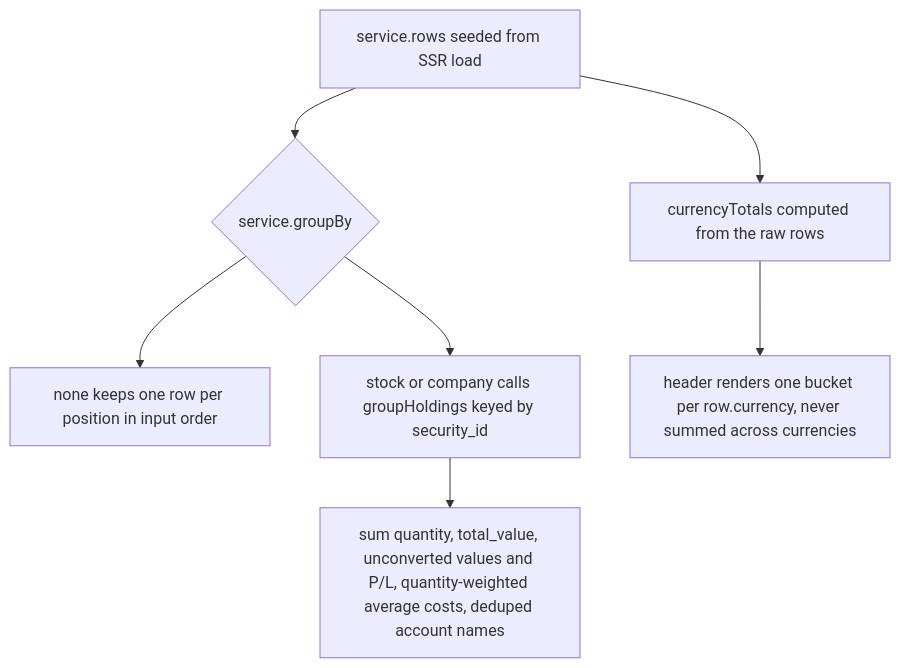
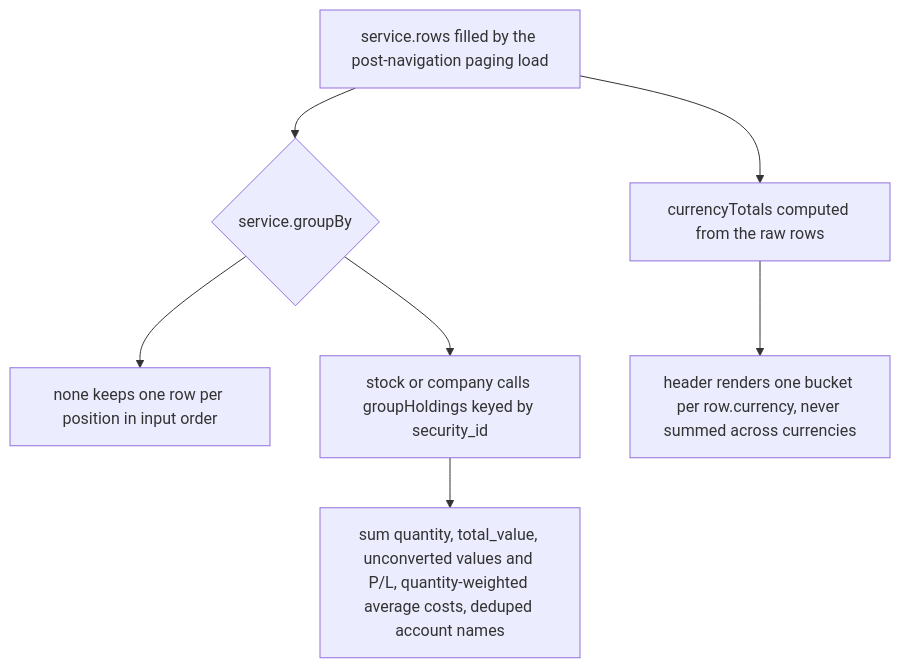
The second of 2 diagrams in openwiki/workflows/accounts-and-holdings-views.md (havekes/retail-portfolio), drawn with Mermaid before and after one commit. The commit also changed other lines of this file and 28 other files, not shown here.

````diff
--- a/openwiki/workflows/accounts-and-holdings-views.md
+++ b/openwiki/workflows/accounts-and-holdings-views.md
@@ -321,9 +418,9 @@
 ```mermaid
 flowchart TD
-    Rows["service.rows seeded from SSR load"] --> Mode{"service.groupBy"}
+    Rows["service.rows filled by the post-navigation paging load"] --> Mode{"service.groupBy"}
     Mode --> Flat["none keeps one row per position in input order"]
     Mode --> Stock["stock or company calls groupHoldings keyed by security_id"]
     Stock --> Sums["sum quantity, total_value, unconverted values and P/L, quantity-weighted average costs, deduped account names"]
     Rows --> Buckets["currencyTotals computed from the raw rows"]
     Buckets --> Render["header renders one bucket per row.currency, never summed across currencies"]
 ```
````
